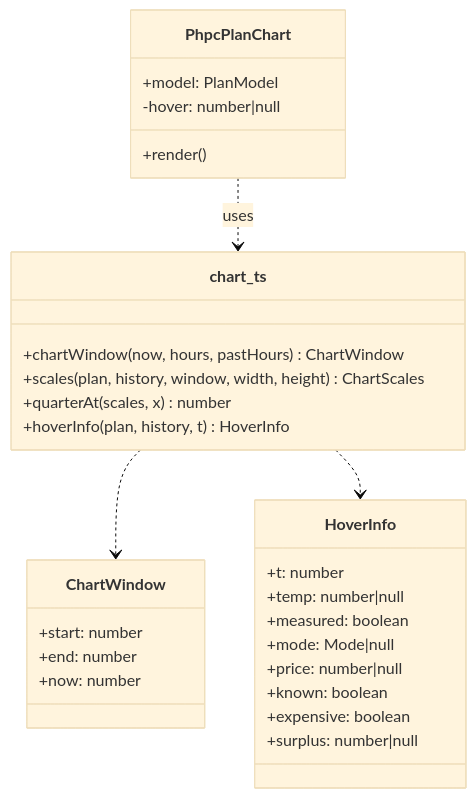
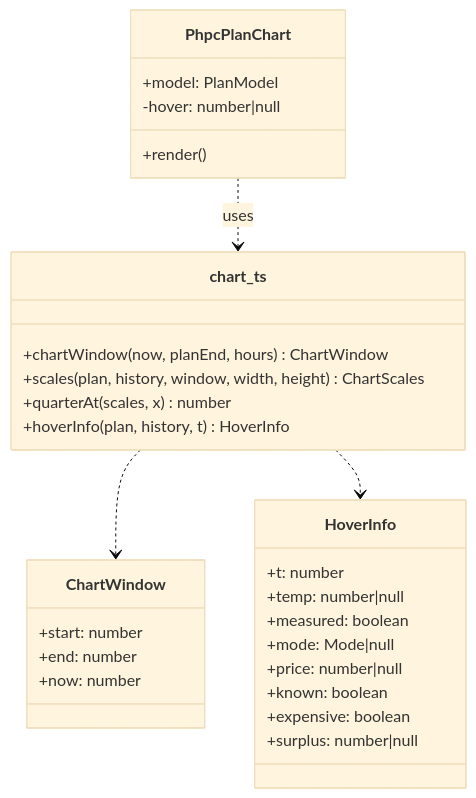
Before and after one commit to abroeders/pond-heatpump-price-planner: the second of 2 diagrams in docs/design/2026-11-18-plan-chart-span-hover.md, drawn with Mermaid (base theme). The commit also changed other lines of this file, not shown here.

Commit message:
docs: plan chart window ends at the last known price (#22)

````diff
--- a/docs/design/2026-11-18-plan-chart-span-hover.md
+++ b/docs/design/2026-11-18-plan-chart-span-hover.md
@@ -81,32 +101,32 @@
 ```mermaid
 classDiagram
   class ChartWindow {
     +start: number
     +end: number
     +now: number
   }
   class chart_ts {
-    +chartWindow(now, hours, pastHours) ChartWindow
+    +chartWindow(now, planEnd, hours) ChartWindow
     +scales(plan, history, window, width, height) ChartScales
     +quarterAt(scales, x) number
     +hoverInfo(plan, history, t) HoverInfo
   }
   class HoverInfo {
     +t: number
     +temp: number|null
     +measured: boolean
     +mode: Mode|null
     +price: number|null
     +known: boolean
     +expensive: boolean
     +surplus: number|null
   }
   class PhpcPlanChart {
     +model: PlanModel
     -hover: number|null
     +render()
   }
   PhpcPlanChart ..> chart_ts : uses
   chart_ts ..> ChartWindow
   chart_ts ..> HoverInfo
 ```
````
